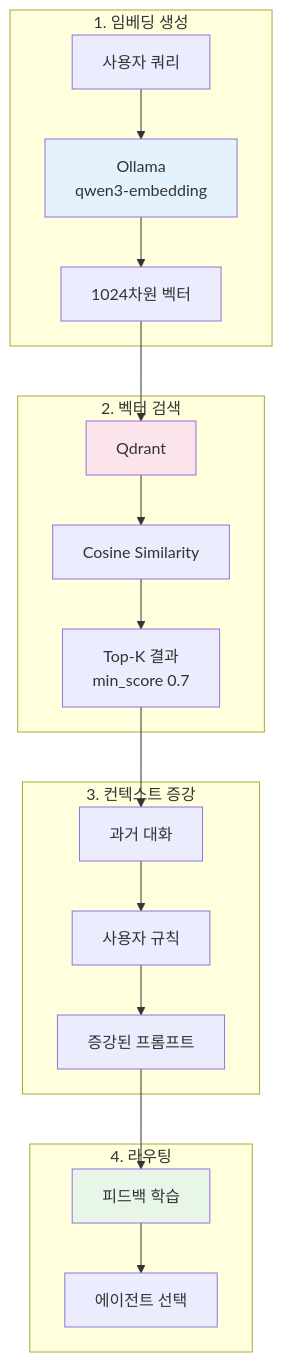
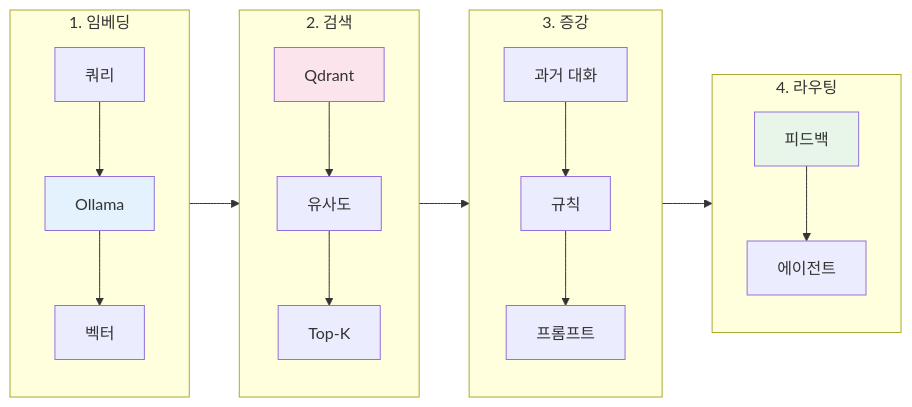
The first of 3 diagrams in content/posts/2025-11-12-rag-agent-routing.md (Gyeom/dev-notes), drawn with Mermaid before and after one commit. The commit also changed other lines of this file and 11 other files, not shown here.

First line of the commit message:
Update: Claude Flow 개발기 최신화 및 draft 링크 정리

````diff
--- a/content/posts/2025-11-12-rag-agent-routing.md
+++ b/content/posts/2025-11-12-rag-agent-routing.md
@@ -24,28 +24,27 @@
 ```mermaid
-flowchart TB
-    subgraph Embedding["1. 임베딩 생성"]
-        A[사용자 쿼리] --> B[Ollama<br/>qwen3-embedding]
-        B --> C[1024차원 벡터]
+flowchart LR
+    subgraph Embedding["1. 임베딩"]
+        A[쿼리] --> B[Ollama]
+        B --> C[벡터]
     end
 
-    subgraph Search["2. 벡터 검색"]
-        C --> D[Qdrant]
-        D --> E[Cosine Similarity]
-        E --> F[Top-K 결과<br/>min_score 0.7]
+    subgraph Search["2. 검색"]
+        D[Qdrant] --> E[유사도]
+        E --> F[Top-K]
     end
 
-    subgraph Augment["3. 컨텍스트 증강"]
-        F --> G[과거 대화]
-        G --> H[사용자 규칙]
-        H --> I[증강된 프롬프트]
+    subgraph Augment["3. 증강"]
+        G[과거 대화] --> H[규칙]
+        H --> I[프롬프트]
     end
 
     subgraph Route["4. 라우팅"]
-        I --> J[피드백 학습]
-        J --> K[에이전트 선택]
+        J[피드백] --> K[에이전트]
     end
+
+    Embedding --> Search --> Augment --> Route
 
     style B fill:#E3F2FD
     style D fill:#FCE4EC
     style J fill:#E8F5E9
 ```
````
